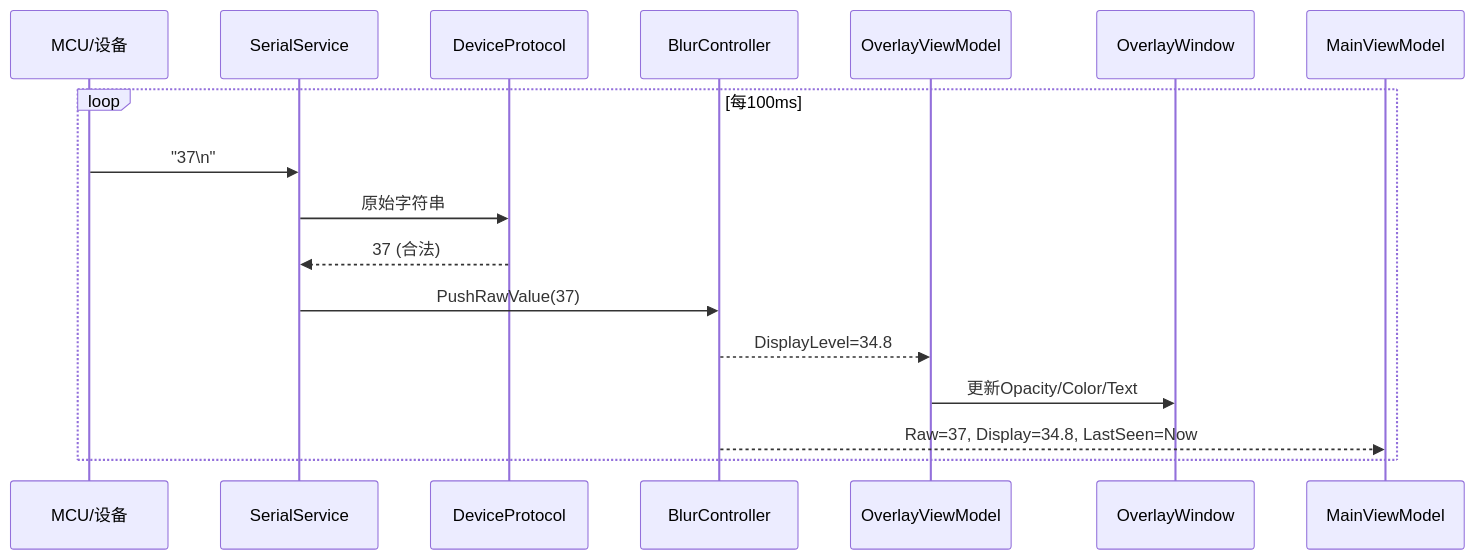
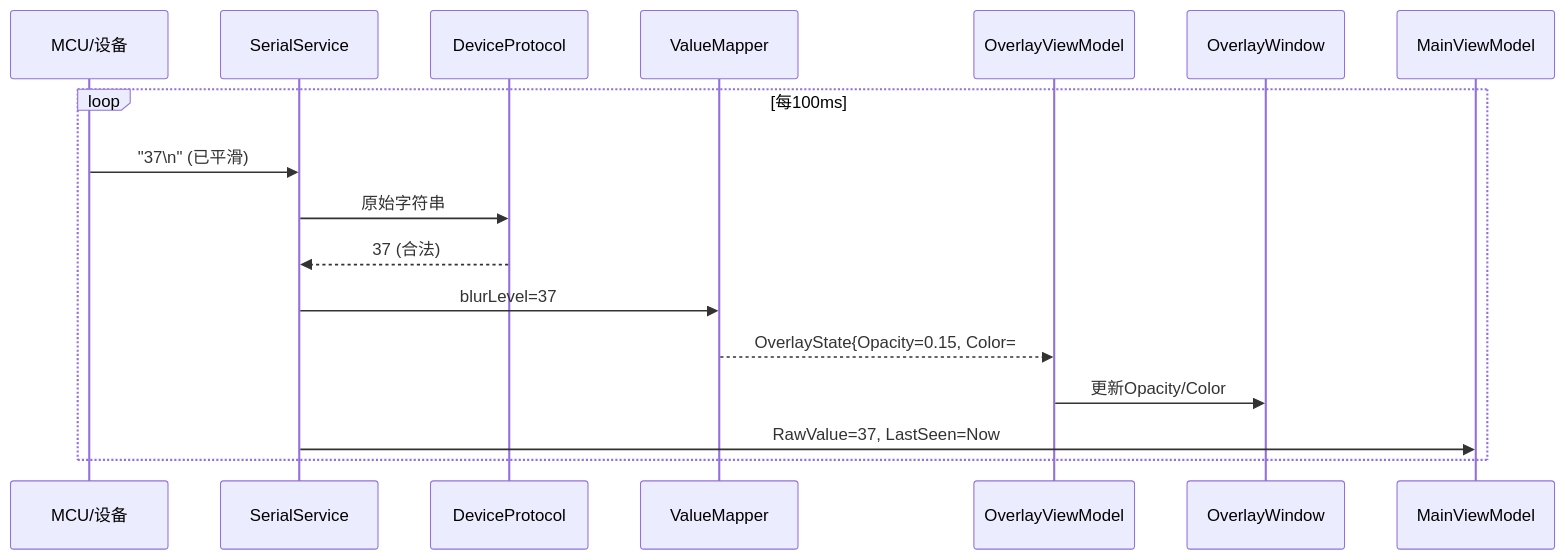
The fourth of 5 diagrams in docs/坐姿矫正仪开发计划.md (STU-MS/SitRight), drawn with Mermaid before and after one commit. The commit also changed other lines of this file and 4 other files, not shown here.

First line of the commit message:
docs(plans): 将平滑算法移至硬件端，移除 BlurController 设计

````diff
--- a/docs/坐姿矫正仪开发计划.md
+++ b/docs/坐姿矫正仪开发计划.md
@@ -204,20 +202,20 @@
 ```mermaid
 sequenceDiagram
     participant MCU as MCU/设备
     participant COM as SerialService
     participant PROTO as DeviceProtocol
-    participant CTRL as BlurController
+    participant MAP as ValueMapper
     participant OVM as OverlayViewModel
     participant OWIN as OverlayWindow
     participant MVM as MainViewModel
 
     loop 每100ms
-        MCU->>COM: "37\n"
+        MCU->>COM: "37\n" (已平滑)
         COM->>PROTO: 原始字符串
         PROTO-->>COM: 37 (合法)
-        COM->>CTRL: PushRawValue(37)
-        CTRL-->>OVM: DisplayLevel=34.8
-        OVM->>OWIN: 更新Opacity/Color/Text
-        CTRL-->>MVM: Raw=37, Display=34.8, LastSeen=Now
+        COM->>MAP: blurLevel=37
+        MAP-->>OVM: OverlayState{Opacity=0.15, Color=#FFFFFF, ...}
+        OVM->>OWIN: 更新Opacity/Color
+        COM->>MVM: RawValue=37, LastSeen=Now
     end
 ```
````
